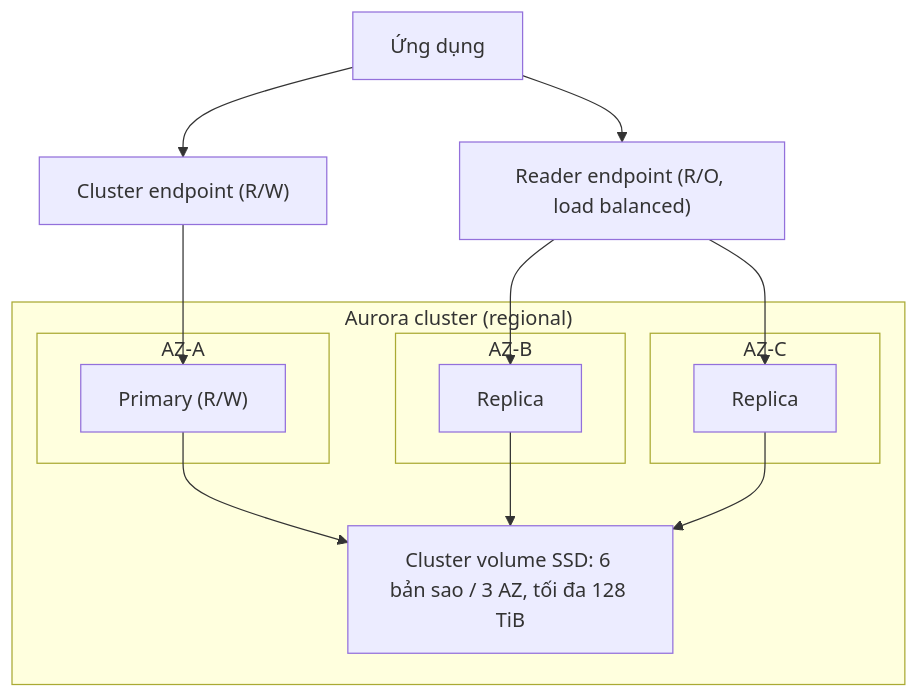
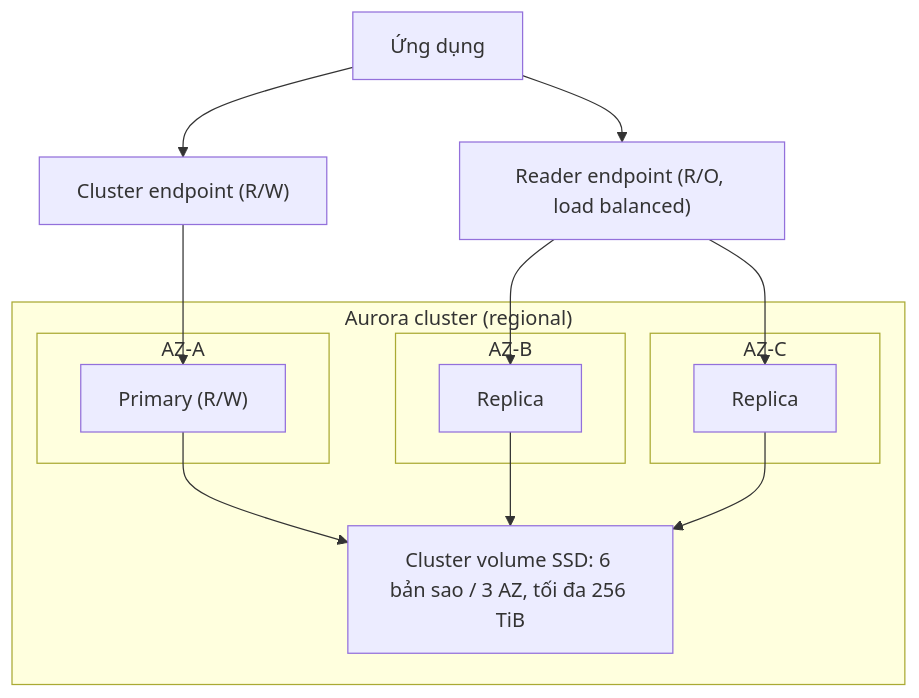
The diagram in data/11 Databases/Aurora.md (hairbui76/aws-saa-c03), drawn with Mermaid before and after one commit. The commit also changed other lines of this file and 68 other files, not shown here.

````diff
--- a/data/11 Databases/Aurora.md
+++ b/data/11 Databases/Aurora.md
@@ -64,26 +71,26 @@
 ```mermaid
 flowchart TB
   APP["Ứng dụng"]
   CE["Cluster endpoint (R/W)"]
   RE["Reader endpoint (R/O, load balanced)"]
   APP --> CE
   APP --> RE
   subgraph CL["Aurora cluster (regional)"]
     subgraph AZA["AZ-A"]
       P["Primary (R/W)"]
     end
     subgraph AZB["AZ-B"]
       R1["Replica"]
     end
     subgraph AZC["AZ-C"]
       R2["Replica"]
     end
-    VOL["Cluster volume SSD: 6 bản sao / 3 AZ, tối đa 128 TiB"]
+    VOL["Cluster volume SSD: 6 bản sao / 3 AZ, tối đa 256 TiB"]
   end
   CE --> P
   RE --> R1
   RE --> R2
   P --> VOL
   R1 --> VOL
   R2 --> VOL
 ```
````
